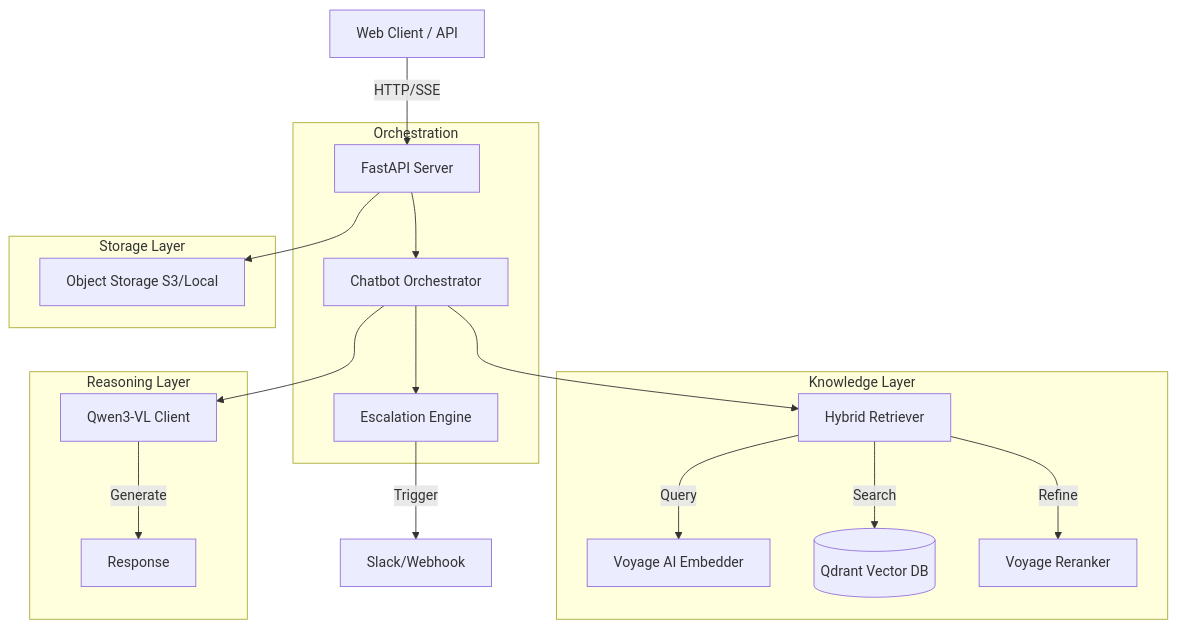
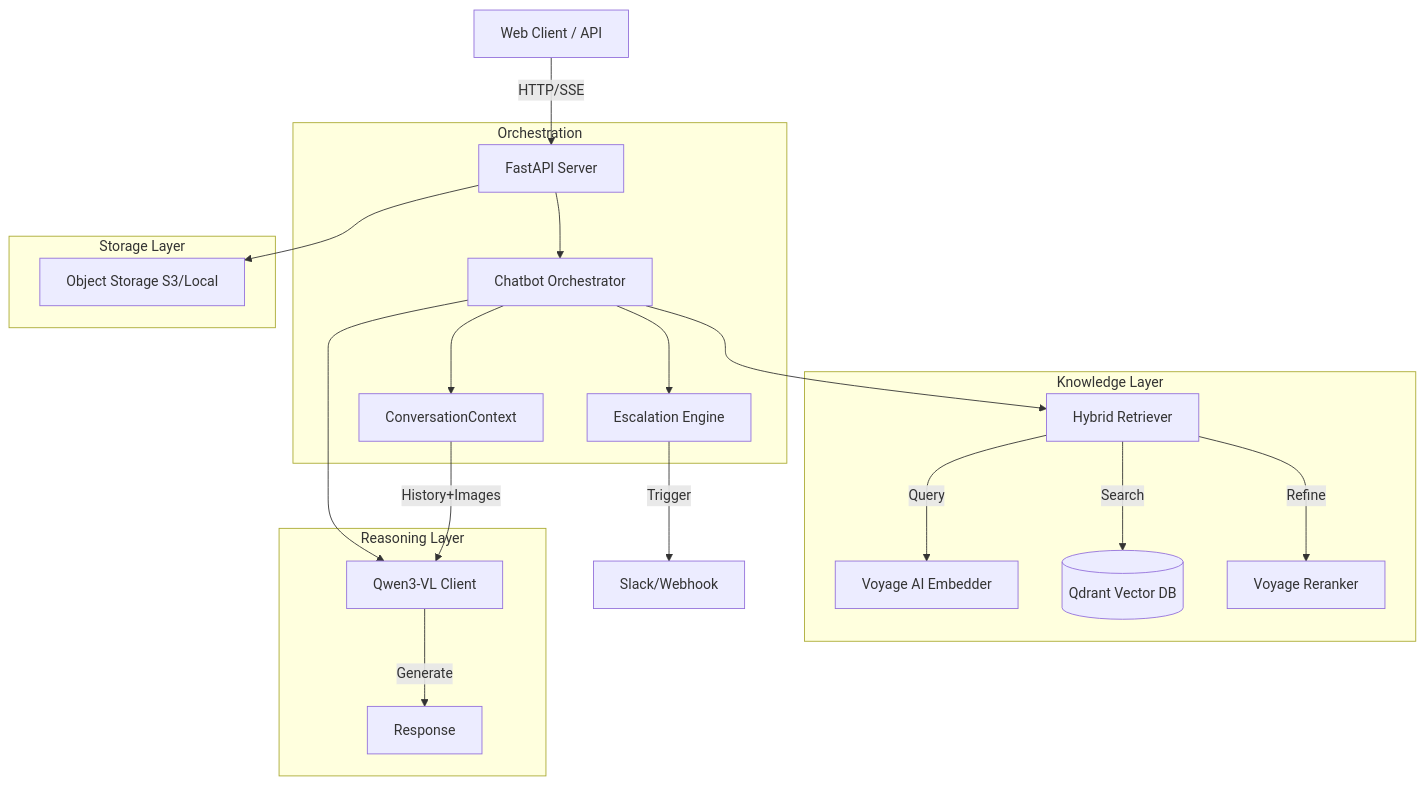
The first of 3 diagrams in system_design.md (leprekonsg/multimodal-chatbot), drawn with Mermaid before and after one commit. The commit also changed other lines of this file and 13 other files, not shown here.

````diff
--- a/system_design.md
+++ b/system_design.md
@@ -21,27 +22,29 @@
 ```mermaid
 graph TD
     Client[Web Client / API] -->|HTTP/SSE| Server[FastAPI Server]
-    
+
     subgraph Orchestration
         Server --> Chatbot[Chatbot Orchestrator]
+        Chatbot --> Context[ConversationContext]
         Chatbot --> Escalation[Escalation Engine]
     end
-    
+
     subgraph "Knowledge Layer"
         Chatbot --> Retriever[Hybrid Retriever]
         Retriever -->|Query| Embed[Voyage AI Embedder]
         Retriever -->|Search| Qdrant[(Qdrant Vector DB)]
         Retriever -->|Refine| Rerank[Voyage Reranker]
     end
-    
+
     subgraph "Reasoning Layer"
         Chatbot --> LLM[Qwen3-VL Client]
+        Context -->|History+Images| LLM
         LLM -->|Generate| Response
     end
-    
+
     subgraph "Storage Layer"
         Server --> ObjStore[Object Storage S3/Local]
     end
-    
+
     Escalation -->|Trigger| Handoff[Slack/Webhook]
 ```
````
